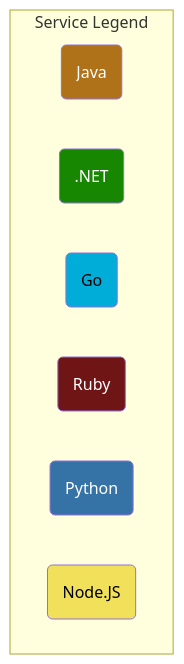
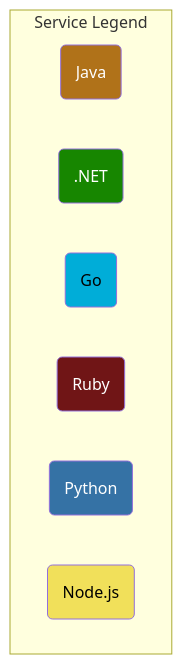
The second of 2 diagrams in README.md (open-telemetry/opentelemetry-demo), drawn with Mermaid before and after one commit. The commit also changed 1 other file, not shown here.

````diff
--- a/README.md
+++ b/README.md
@@ -156,22 +156,22 @@
 ```mermaid
 graph TD
 subgraph Service Legend
   javasvc(Java):::java
   dotnetsvc(.NET):::dotnet
   golangsvc(Go):::golang
   rubysvc(Ruby):::ruby
   pythonsvc(Python):::python
-  nodesvc(Node.JS):::nodejs
+  nodesvc(Node.js):::nodejs
 end
 
 classDef java fill:#b07219,color:white;
 classDef dotnet fill:#178600,color:white;
 classDef golang fill:#00add8,color:black;
 classDef cpp fill:#f34b7d,color:white;
 classDef ruby fill:#701516,color:white;
 classDef python fill:#3572A5,color:white;
 classDef nodejs fill:#f1e05a,color:black;
 classDef rust fill:#dea584,color:black;
 classDef erlang fill:#b83998,color:white;
 classDef php fill:#4f5d95,color:white;
 ```
````
